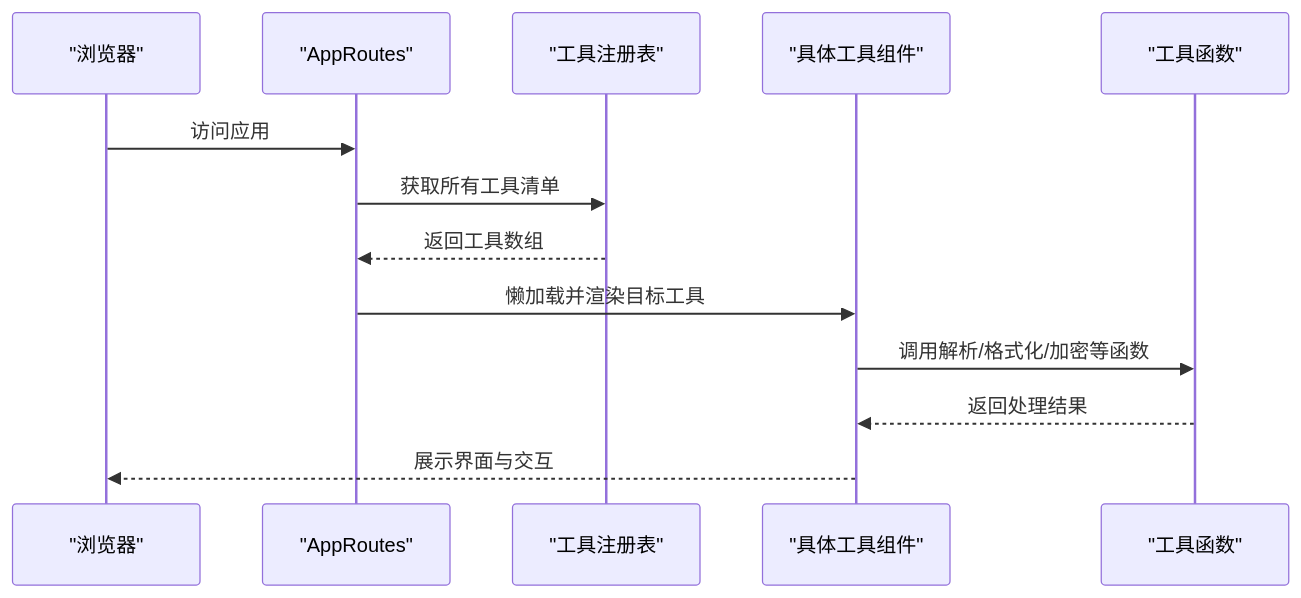
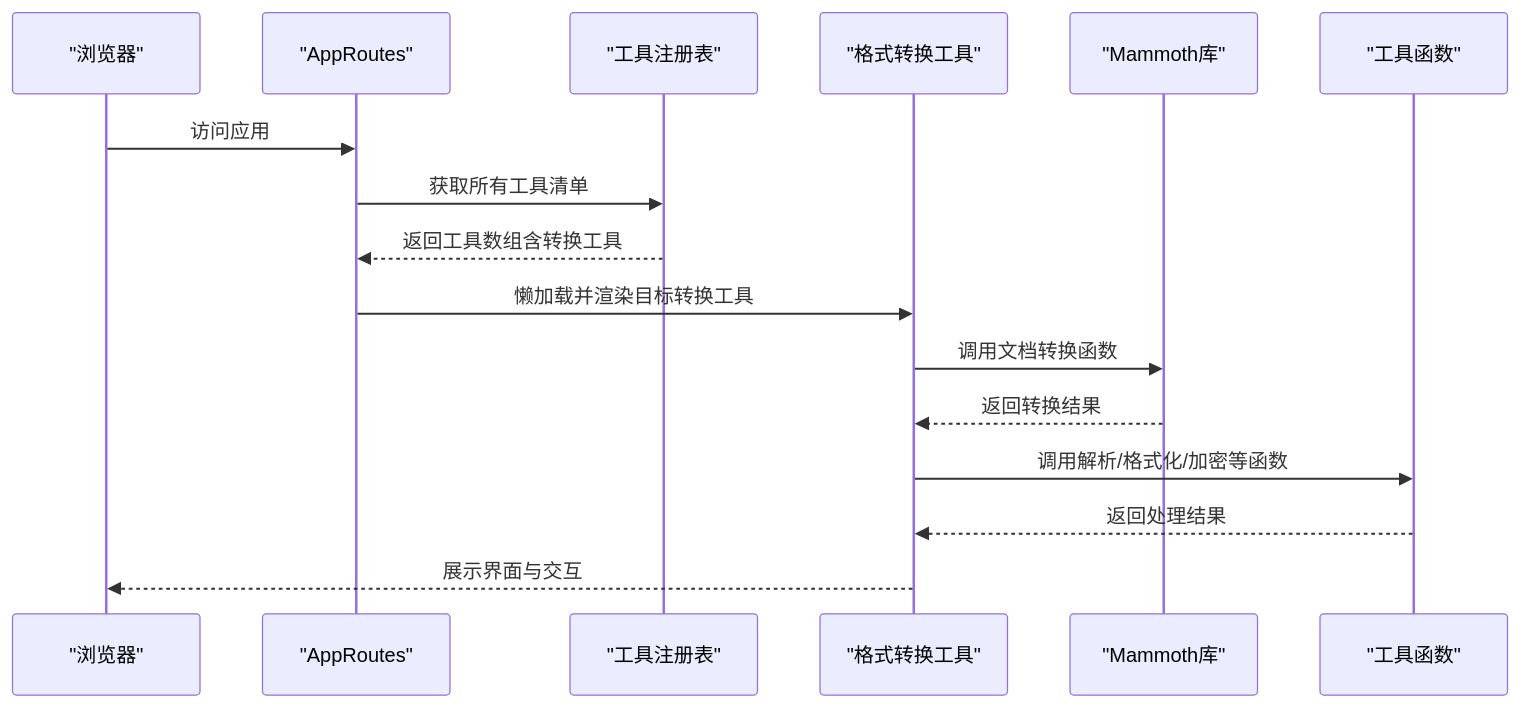
One commit to xkdaq/XKUtil changed the second of 10 diagrams in .qoder/repowiki/zh/content/开发指南/开发指南.md. Above: the diagram before and after it, drawn with Mermaid. The commit also changed other lines of this file and 3 other files, not shown here.

````diff
--- a/.qoder/repowiki/zh/content/开发指南/开发指南.md
+++ b/.qoder/repowiki/zh/content/开发指南/开发指南.md
@@ -111,15 +125,18 @@
 ```mermaid
 sequenceDiagram
 participant Browser as "浏览器"
 participant Router as "AppRoutes"
 participant Registry as "工具注册表"
-participant Tool as "具体工具组件"
+participant ConvertTool as "格式转换工具"
+participant Mammoth as "Mammoth库"
 participant Utils as "工具函数"
 Browser->>Router : 访问应用
 Router->>Registry : 获取所有工具清单
-Registry-->>Router : 返回工具数组
-Router->>Tool : 懒加载并渲染目标工具
-Tool->>Utils : 调用解析/格式化/加密等函数
-Utils-->>Tool : 返回处理结果
-Tool-->>Browser : 展示界面与交互
+Registry-->>Router : 返回工具数组含转换工具
+Router->>ConvertTool : 懒加载并渲染目标转换工具
+ConvertTool->>Mammoth : 调用文档转换函数
+Mammoth-->>ConvertTool : 返回转换结果
+ConvertTool->>Utils : 调用解析/格式化/加密等函数
+Utils-->>ConvertTool : 返回处理结果
+ConvertTool-->>Browser : 展示界面与交互
 ```
````
